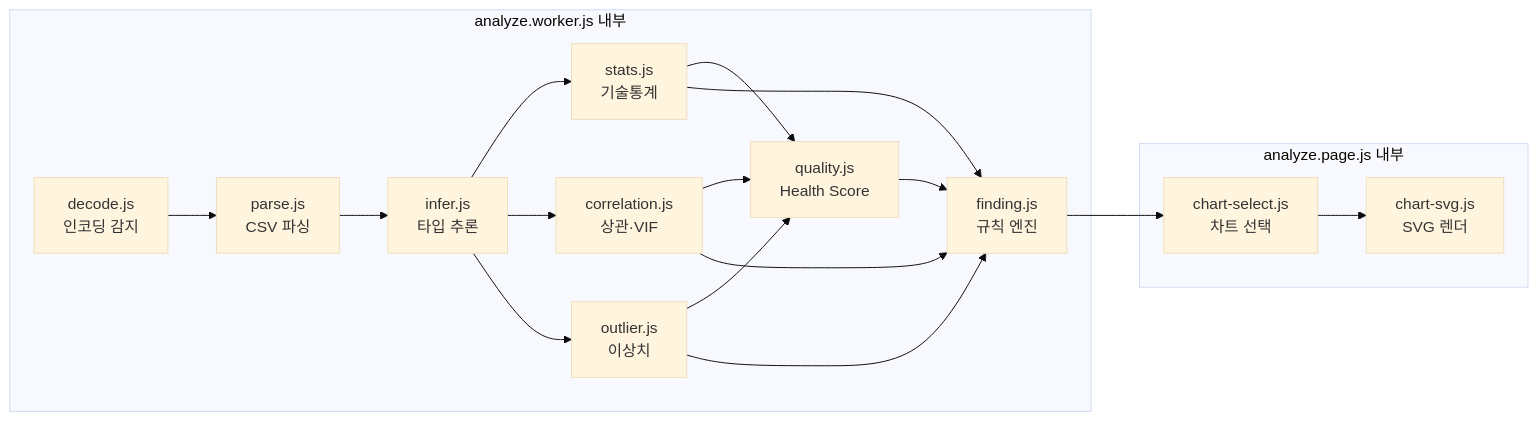
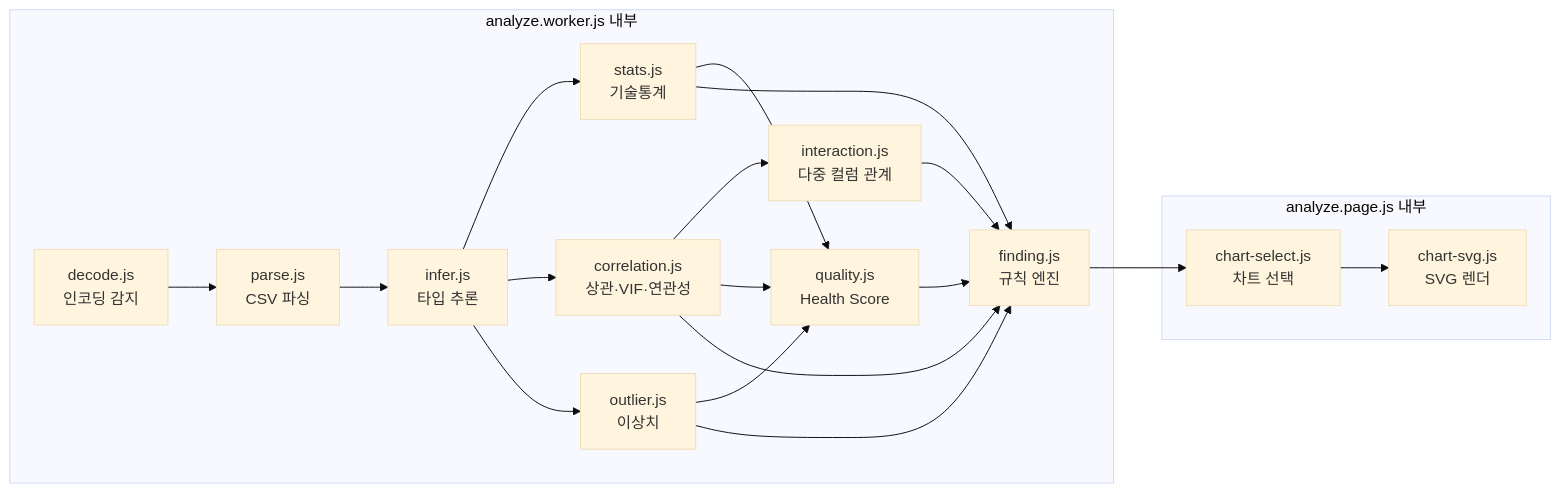
Before and after one commit to kty2001/AutoEDA: the third of 3 diagrams in docs/data-model.md, drawn with Mermaid (base theme). The commit also changed other lines of this file and 23 other files, not shown here.

````diff
--- a/docs/data-model.md
+++ b/docs/data-model.md
@@ -378,31 +427,34 @@
 ```mermaid
 flowchart LR
     subgraph WORKER["analyze.worker.js 내부"]
         DEC["decode.js<br/>인코딩 감지"]
         PAR["parse.js<br/>CSV 파싱"]
         INF["infer.js<br/>타입 추론"]
         STA["stats.js<br/>기술통계"]
-        COR["correlation.js<br/>상관·VIF"]
+        COR["correlation.js<br/>상관·VIF·연관성"]
+        INT["interaction.js<br/>다중 컬럼 관계"]
         OUT["outlier.js<br/>이상치"]
         QUA["quality.js<br/>Health Score"]
         FIN["finding.js<br/>규칙 엔진"]
     end
 
     subgraph PRES["analyze.page.js 내부"]
         SEL["chart-select.js<br/>차트 선택"]
         SVG["chart-svg.js<br/>SVG 렌더"]
     end
 
     DEC --> PAR --> INF
     INF --> STA
     INF --> COR
     INF --> OUT
+    COR --> INT
     STA --> QUA
     OUT --> QUA
     COR --> QUA
     QUA --> FIN
     STA --> FIN
     COR --> FIN
     OUT --> FIN
+    INT --> FIN
     FIN --> SEL --> SVG
 ```
````
